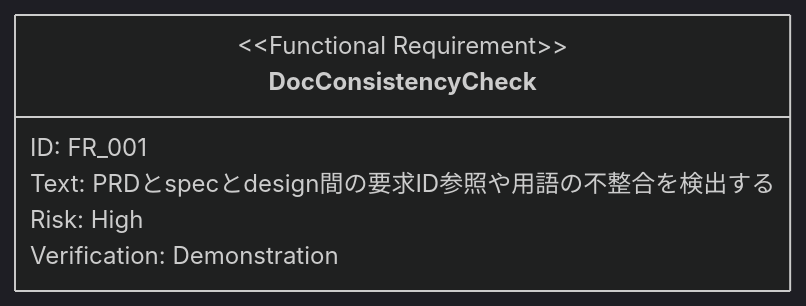
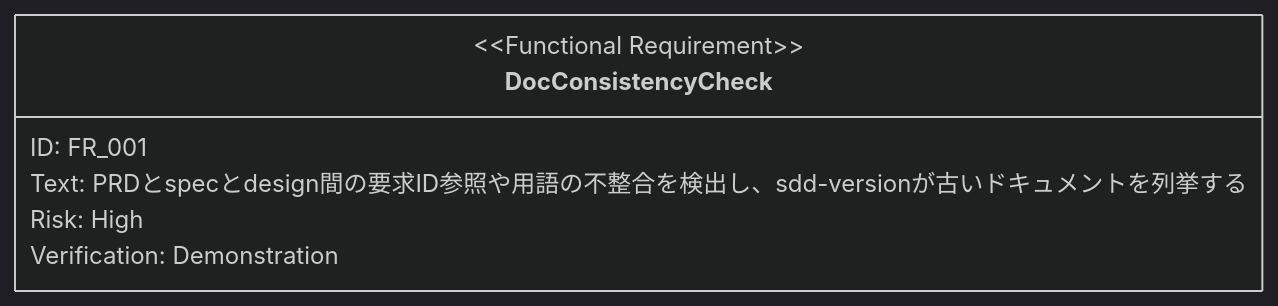
The second of 2 diagrams in .sdd/requirement/quality-guardrails/doc-consistency-check.md (ToshikiImagawa/ai-sdd-workflow-dev), drawn with Mermaid before and after one commit. The commit also changed other lines of this file and 22 other files, not shown here.

````diff
--- a/.sdd/requirement/quality-guardrails/doc-consistency-check.md
+++ b/.sdd/requirement/quality-guardrails/doc-consistency-check.md
@@ -65,10 +68,10 @@
 ```mermaid
 %%{init: {'theme': 'dark'}}%%
 requirementDiagram
     functionalRequirement DocConsistencyCheck {
         id: FR_001
-        text: "PRDとspecとdesign間の要求ID参照や用語の不整合を検出する"
+        text: "PRDとspecとdesign間の要求ID参照や用語の不整合を検出し、sdd-versionが古いドキュメントを列挙する"
         risk: high
         verifymethod: demonstration
     }
 ```
````
